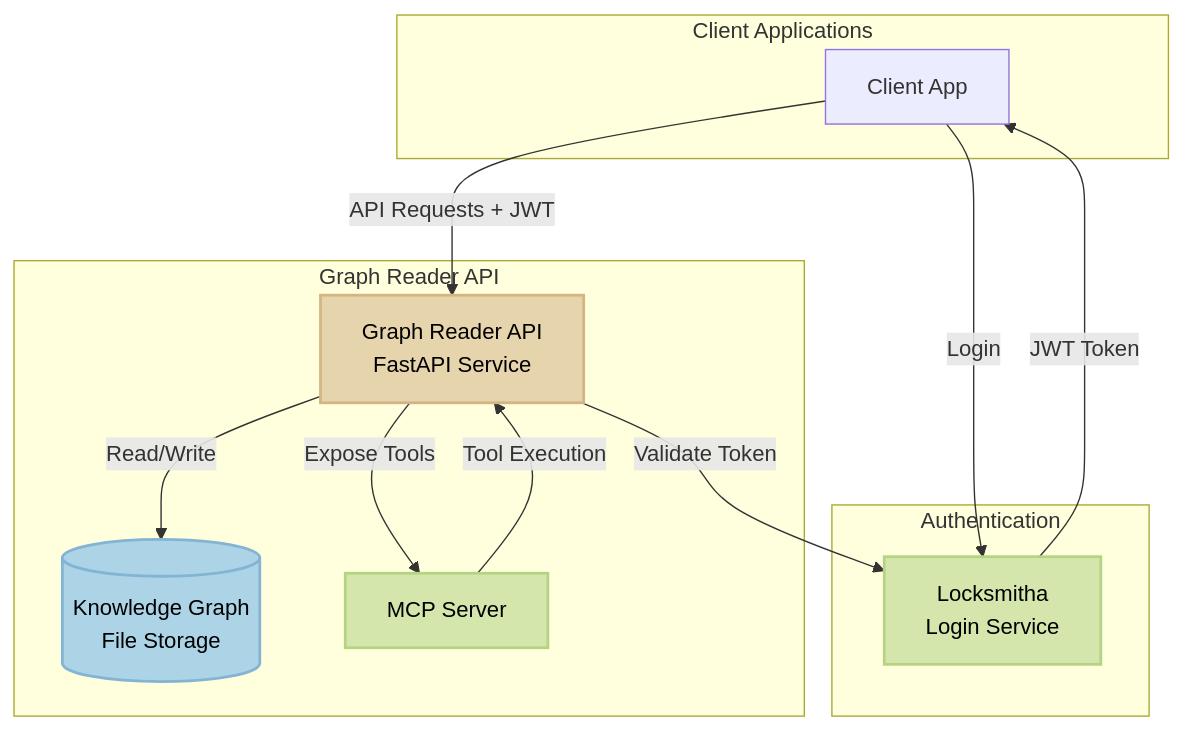
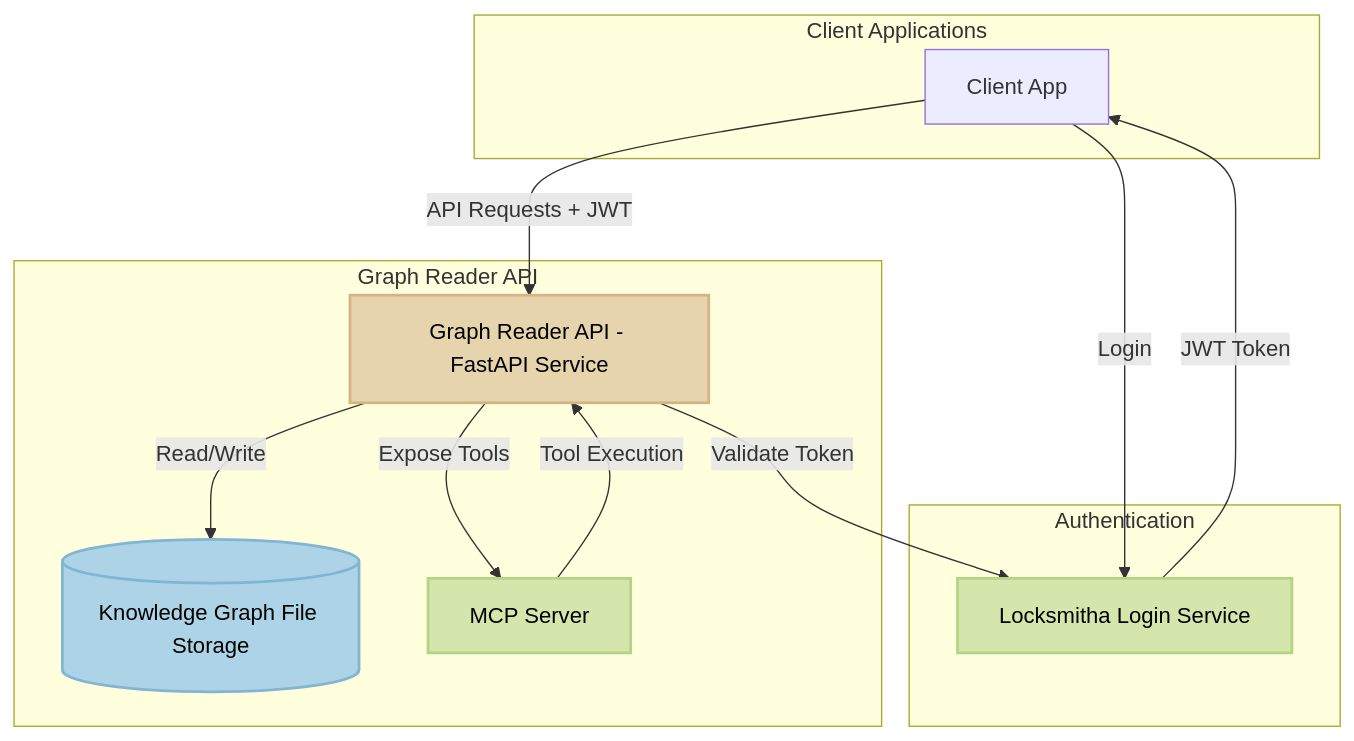
One commit to beanone/graph_reader_api changed the diagram in README.md. Above: the diagram before and after it, drawn with Mermaid.

Commit message:
Updated diagram

````diff
--- a/README.md
+++ b/README.md
@@ -34,33 +34,33 @@
 ```mermaid
 graph TD
     subgraph "Client Applications"
         Client[Client App]
     end
 
     subgraph "Authentication"
-        Locksmitha[Locksmitha\nLogin Service]
+        Locksmitha[Locksmitha Login Service]
     end
 
     subgraph "Graph Reader API"
-        API[Graph Reader API\nFastAPI Service]
-        KG[(Knowledge Graph\nFile Storage)]
+        API[Graph Reader API - FastAPI Service]
+        KG[(Knowledge Graph File Storage)]
         MCP[MCP Server]
     end
 
     Client -->|Login| Locksmitha
     Locksmitha -->|JWT Token| Client
     Client -->|API Requests + JWT| API
     API -->|Validate Token| Locksmitha
     API -->|Read/Write| KG
     API -->|Expose Tools| MCP
     MCP -->|Tool Execution| API
 
     classDef primary fill:#E6D5AC,stroke:#D4B483,stroke-width:2px,color:#000
     classDef secondary fill:#D4E6AC,stroke:#B4D483,stroke-width:2px,color:#000
     classDef storage fill:#ACD4E6,stroke:#83B4D4,stroke-width:2px,color:#000
 
     class API primary
     class MCP secondary
     class Locksmitha secondary
     class KG storage
 ```
````
